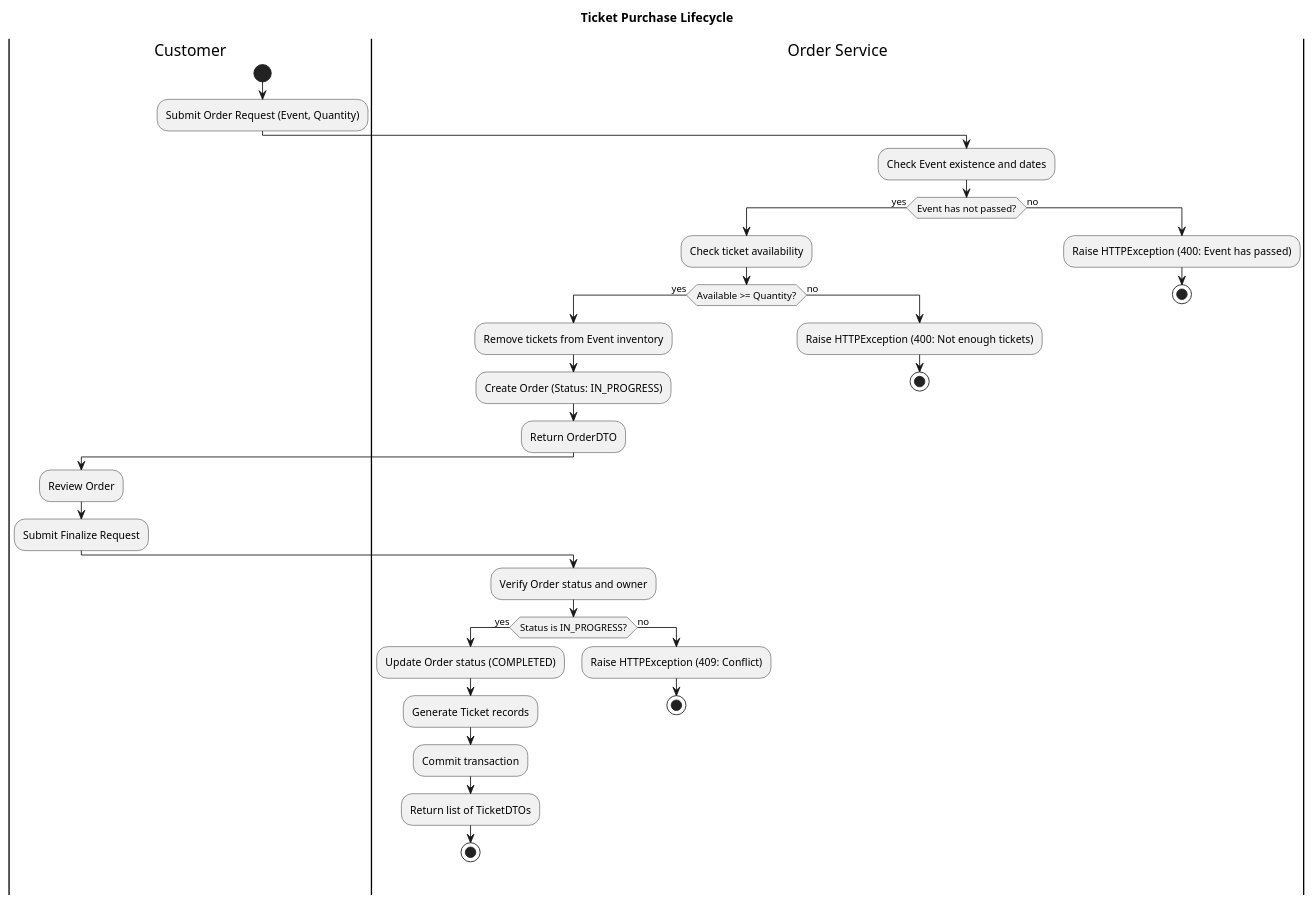
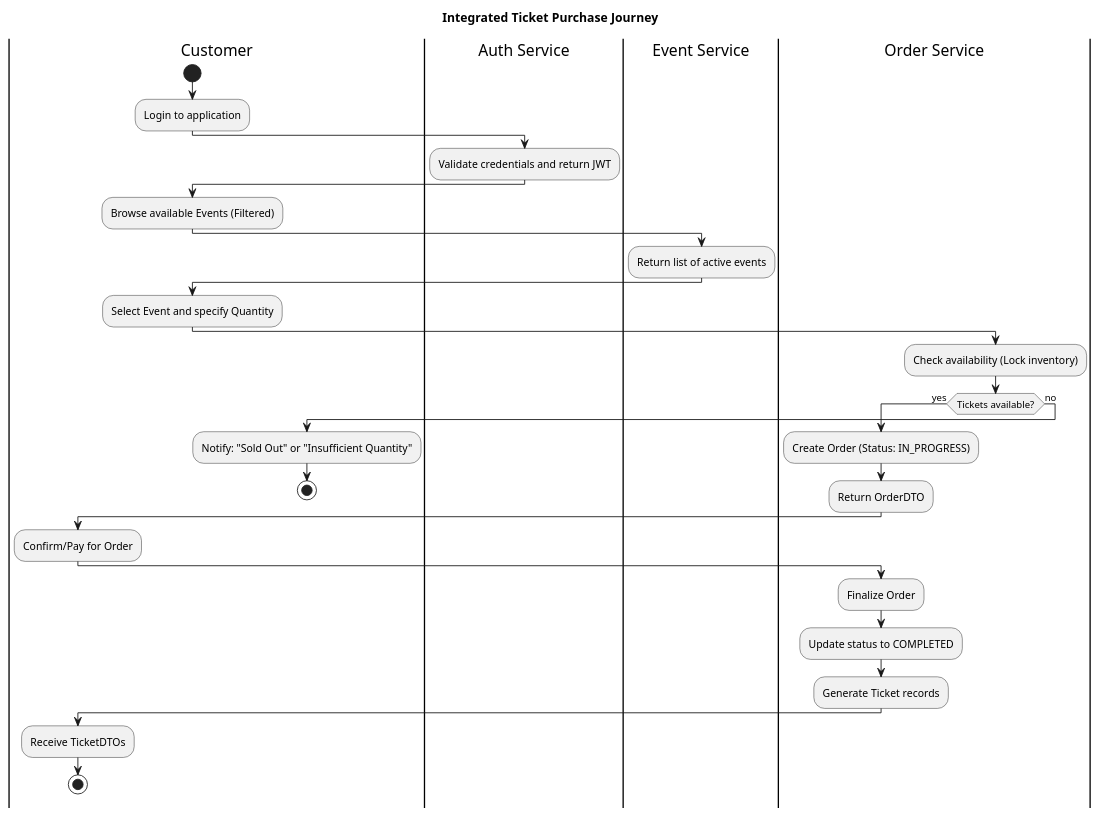
Before and after one commit to NikosKoutsoukosPrelorentzos/you-want-ticket: the fourth of 5 diagrams in diagrams/ACTIVITY_DIAGRAMS.md, drawn with PlantUML. The commit also changed other lines of this file and 17 other files, not shown here.

First line of the commit message:
Refactor diagrams and update documentation for Sprint 2

````diff
--- a/diagrams/ACTIVITY_DIAGRAMS.md
+++ b/diagrams/ACTIVITY_DIAGRAMS.md
@@ -36,39 +89,34 @@
 ```plantuml
 @startuml
-title Ticket Purchase Lifecycle
+title Integrated Ticket Purchase Journey
 |Customer|
 start
-:Submit Order Request (Event, Quantity);
+:Login to application;
+|Auth Service|
+:Validate credentials and return JWT;
+|Customer|
+:Browse available Events (Filtered);
+|Event Service|
+:Return list of active events;
+|Customer|
+:Select Event and specify Quantity;
 |Order Service|
-:Check Event existence and dates;
-if (Event has not passed?) then (yes)
-  :Check ticket availability;
-  if (Available >= Quantity?) then (yes)
-    :Remove tickets from Event inventory;
-    :Create Order (Status: IN_PROGRESS);
-    :Return OrderDTO;
-    |Customer|
-    :Review Order;
-    :Submit Finalize Request;
-    |Order Service|
-    :Verify Order status and owner;
-    if (Status is IN_PROGRESS?) then (yes)
-      :Update Order status (COMPLETED);
-      :Generate Ticket records;
-      :Commit transaction;
-      :Return list of TicketDTOs;
-      stop
-    else (no)
-      :Raise HTTPException (409: Conflict);
-      stop
-    endif
-  else (no)
-    :Raise HTTPException (400: Not enough tickets);
-    stop
-  endif
+:Check availability (Lock inventory);
+if (Tickets available?) then (yes)
+  :Create Order (Status: IN_PROGRESS);
+  :Return OrderDTO;
+  |Customer|
+  :Confirm/Pay for Order;
+  |Order Service|
+  :Finalize Order;
+  :Update status to COMPLETED;
+  :Generate Ticket records;
+  |Customer|
+  :Receive TicketDTOs;
+  stop
 else (no)
-  :Raise HTTPException (400: Event has passed);
+  :Notify: "Sold Out" or "Insufficient Quantity";
   stop
 endif
 @enduml
 ```
````
